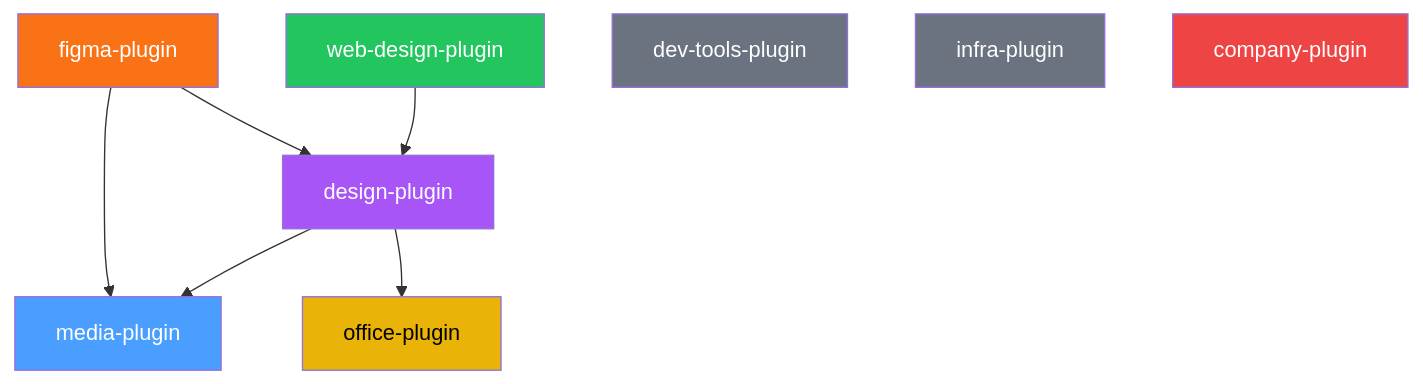
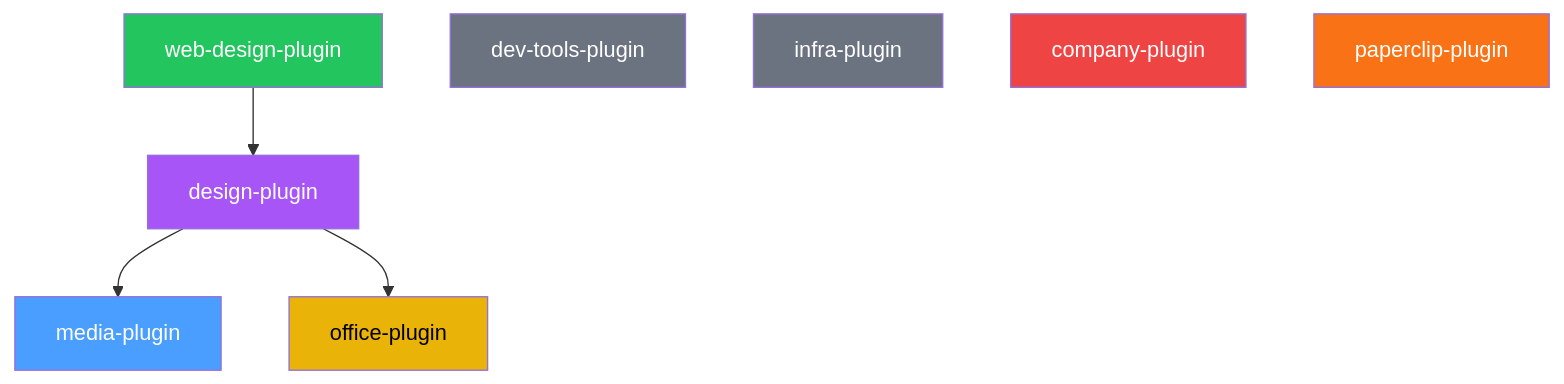
The diagram in README.md (lukaskellerstein/claude-my-marketplace), drawn with Mermaid before and after one commit. The commit also changed other lines of this file and 9 other files, not shown here.

````diff
--- a/README.md
+++ b/README.md
@@ -68,20 +76,19 @@
 ```mermaid
 graph TD
-    figma[figma-plugin] --> media[media-plugin]
-    figma --> design[design-plugin]
-    webdesign[web-design-plugin] --> design
-    design --> media
+    webdesign[web-design-plugin] --> design[design-plugin]
+    design --> media[media-plugin]
     design --> office[office-plugin]
     dev[dev-tools-plugin]
     infra[infra-plugin]
     company[company-plugin]
+    paperclip[paperclip-plugin]
 
     style media fill:#4a9eff,color:#fff
     style design fill:#a855f7,color:#fff
     style webdesign fill:#22c55e,color:#fff
-    style figma fill:#f97316,color:#fff
     style office fill:#eab308,color:#000
     style dev fill:#6b7280,color:#fff
     style infra fill:#6b7280,color:#fff
     style company fill:#ef4444,color:#fff
+    style paperclip fill:#f97316,color:#fff
 ```
````
